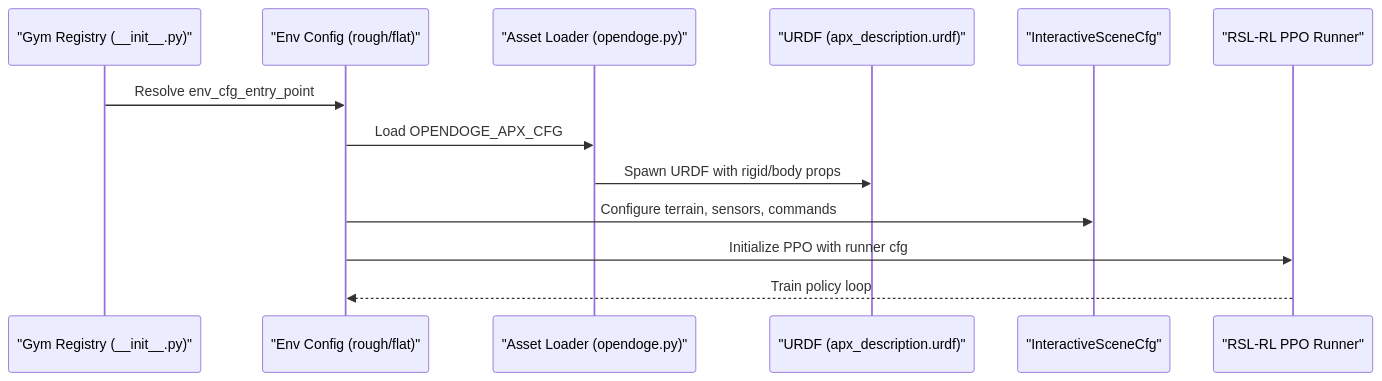
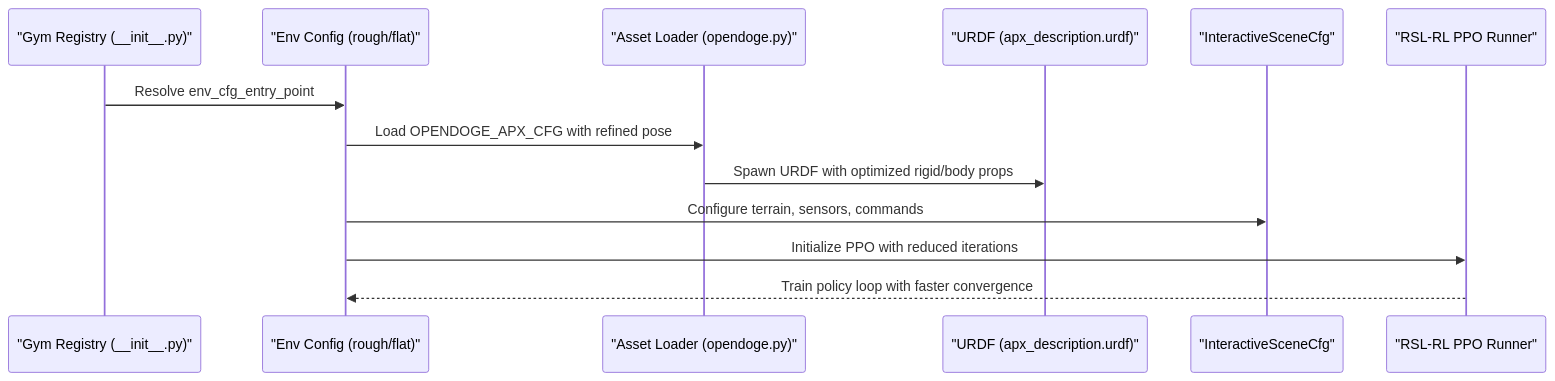
The second of 6 diagrams in .qoder/repowiki/en/content/Robot Categories and Models/Quadruped Robots/OpenDoge APX Quadruped.md (jayjayhust/robot_lab), drawn with Mermaid before and after one commit. The commit also changed other lines of this file and 27 other files, not shown here.

````diff
--- a/.qoder/repowiki/en/content/Robot Categories and Models/Quadruped Robots/OpenDoge APX Quadruped.md
+++ b/.qoder/repowiki/en/content/Robot Categories and Models/Quadruped Robots/OpenDoge APX Quadruped.md
@@ -112,15 +119,15 @@
 ```mermaid
 sequenceDiagram
 participant Gym as "Gym Registry (__init__.py)"
 participant Env as "Env Config (rough/flat)"
 participant Asset as "Asset Loader (opendoge.py)"
 participant URDF as "URDF (apx_description.urdf)"
 participant Scene as "InteractiveSceneCfg"
 participant Runner as "RSL-RL PPO Runner"
 Gym->>Env : Resolve env_cfg_entry_point
-Env->>Asset : Load OPENDOGE_APX_CFG
-Asset->>URDF : Spawn URDF with rigid/body props
+Env->>Asset : Load OPENDOGE_APX_CFG with refined pose
+Asset->>URDF : Spawn URDF with optimized rigid/body props
 Env->>Scene : Configure terrain, sensors, commands
-Env->>Runner : Initialize PPO with runner cfg
-Runner-->>Env : Train policy loop
+Env->>Runner : Initialize PPO with reduced iterations
+Runner-->>Env : Train policy loop with faster convergence
 ```
````
